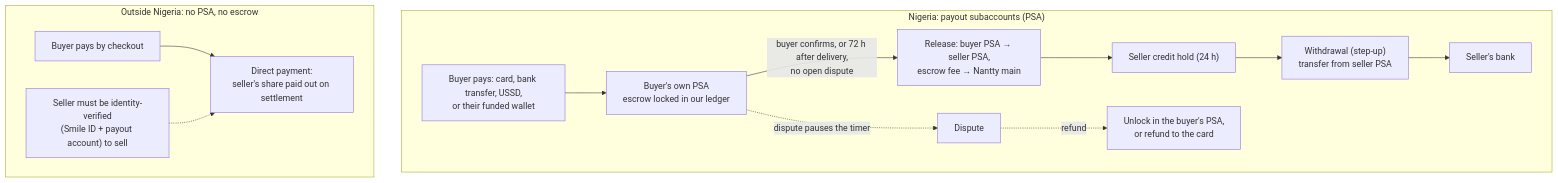
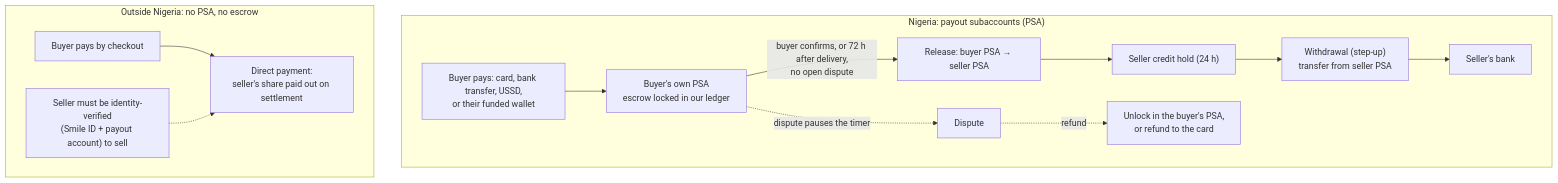
One commit to telente-technologies/nantty changed the third of 5 diagrams in docs/architecture/system.md. Above: the diagram before and after it, drawn with Mermaid. The commit also changed other lines of this file and 27 other files, not shown here.

Commit message:
chore: update documentation - README, architecture docs, database docs, billing, pricing, and plans

````diff
--- a/docs/architecture/system.md
+++ b/docs/architecture/system.md
@@ -147,14 +147,14 @@
 ```mermaid
 flowchart TB
   subgraph NG["Nigeria: payout subaccounts (PSA)"]
     PAY["Buyer pays: card, bank transfer, USSD,<br/>or their funded wallet"] --> BPSA["Buyer's own PSA<br/>escrow locked in our ledger"]
-    BPSA -->|"buyer confirms, or 72 h after delivery,<br/>no open dispute"| REL["Release: buyer PSA → seller PSA,<br/>escrow fee → Nantty main"]
+    BPSA -->|"buyer confirms, or 72 h after delivery,<br/>no open dispute"| REL["Release: buyer PSA → seller PSA"]
     REL --> HOLD["Seller credit hold (24 h)"] --> WD["Withdrawal (step-up)<br/>transfer from seller PSA"] --> BANK["Seller's bank"]
     BPSA -.->|"dispute pauses the timer"| DSP["Dispute"]
     DSP -.->|"refund"| UNLOCK["Unlock in the buyer's PSA,<br/>or refund to the card"]
   end
   subgraph ROW["Outside Nigeria: no PSA, no escrow"]
     CHK["Buyer pays by checkout"] --> DIRECT["Direct payment:<br/>seller's share paid out on settlement"]
     VER["Seller must be identity-verified<br/>(Smile ID + payout account) to sell"] -.-> DIRECT
   end
 ```
````
